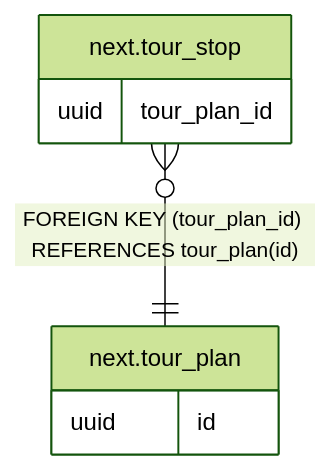
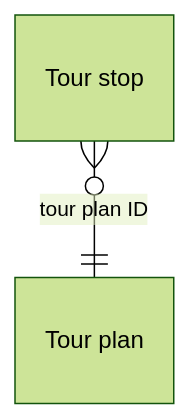
Before and after one commit to DoctorCRE/doctorcre-engine: the diagram in docs/database/tables/viewpoint-tours.md, drawn with Mermaid (forest theme). The commit also changed other lines of this file and 29 other files, not shown here.

````diff
--- a/docs/database/tables/viewpoint-tours.md
+++ b/docs/database/tables/viewpoint-tours.md
@@ -16,12 +3,13 @@
 ```mermaid
+---
+config:
+  layout: elk
+  er:
+    nodeSpacing: 22
+    rankSpacing: 44
+---
 erDiagram
-
-"next.tour_stop" }o--|| "next.tour_plan" : "FOREIGN KEY (tour_plan_id) REFERENCES tour_plan(id)"
-
-"next.tour_plan" {
-  uuid id
-}
-"next.tour_stop" {
-  uuid tour_plan_id
-}
+  "Tour plan"
+  "Tour stop"
+  "Tour stop" }o--|| "Tour plan" : "tour plan ID"
 ```
````
